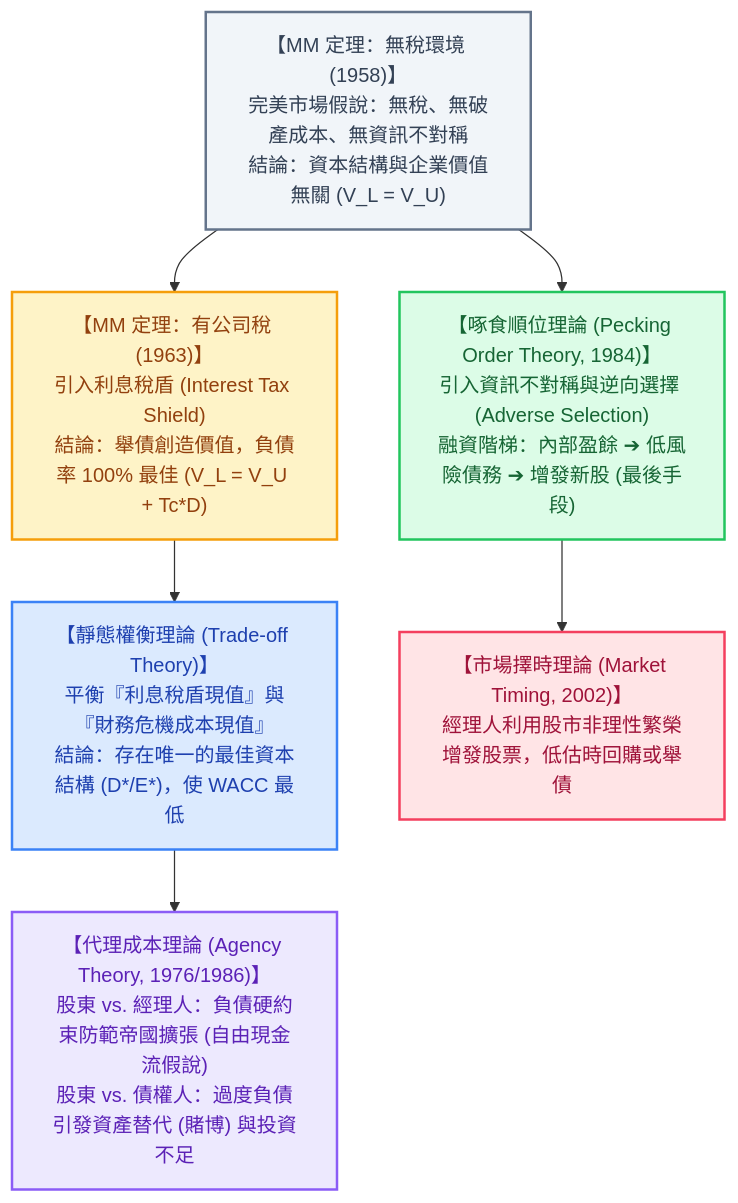
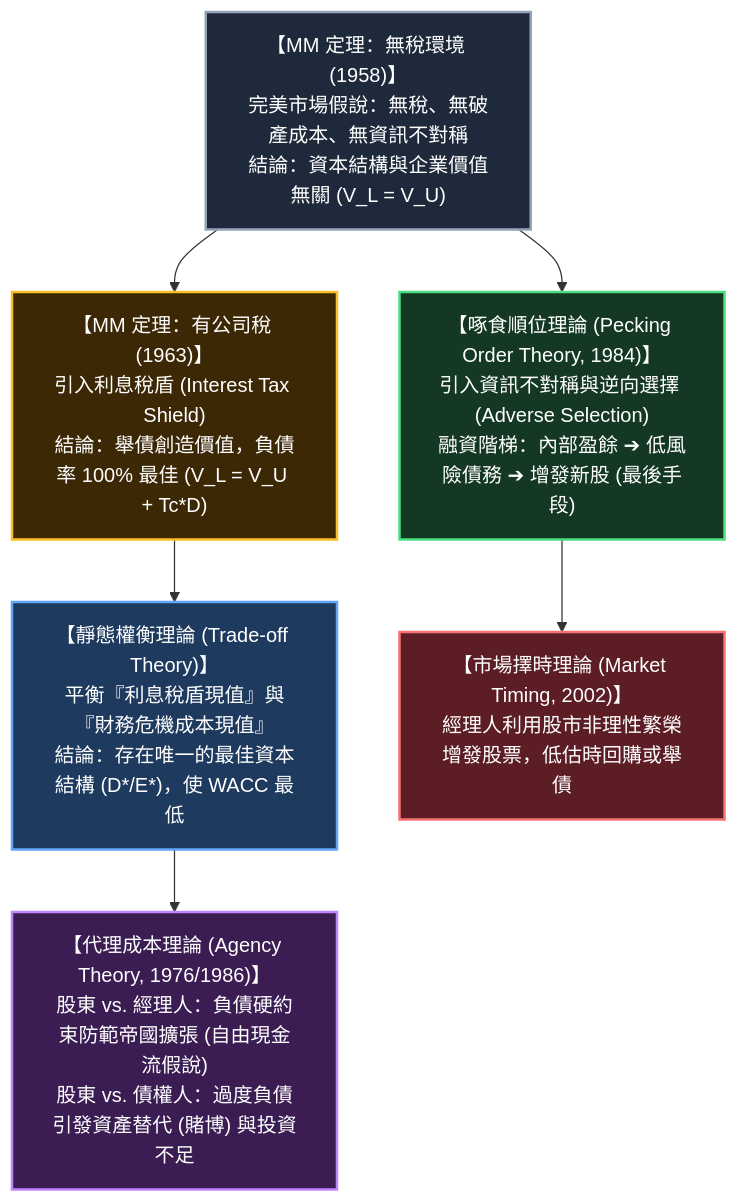
Before and after one commit to Jimlin0428/my-digital-garden: the second of 3 diagrams in src/site/notes/98_商業概念庫/capital-structure_資本結構.md, drawn with Mermaid. The commit also changed other lines of this file and 58 other files, not shown here.

````diff
--- a/src/site/notes/98_商業概念庫/capital-structure_資本結構.md
+++ b/src/site/notes/98_商業概念庫/capital-structure_資本結構.md
@@ -55,19 +50,19 @@
 ```mermaid
 flowchart TD
     MM58["【MM 定理：無稅環境 (1958)】<br>完美市場假說：無稅、無破產成本、無資訊不對稱<br>結論：資本結構與企業價值無關 (V_L = V_U)"] --> MM63["【MM 定理：有公司稅 (1963)】<br>引入利息稅盾 (Interest Tax Shield)<br>結論：舉債創造價值，負債率 100% 最佳 (V_L = V_U + Tc*D)"]
     
     MM63 --> TradeOff["【靜態權衡理論 (Trade-off Theory)】<br>平衡『利息稅盾現值』與『財務危機成本現值』<br>結論：存在唯一的最佳資本結構 (D*/E*)，使 WACC 最低"]
     
     MM58 --> Pecking["【啄食順位理論 (Pecking Order Theory, 1984)】<br>引入資訊不對稱與逆向選擇 (Adverse Selection)<br>融資階梯：內部盈餘 ➔ 低風險債務 ➔ 增發新股 (最後手段)"]
     
     TradeOff --> Agency["【代理成本理論 (Agency Theory, 1976/1986)】<br>股東 vs. 經理人：負債硬約束防範帝國擴張 (自由現金流假說)<br>股東 vs. 債權人：過度負債引發資產替代 (賭博) 與投資不足"]
     
     Pecking --> MarketTiming["【市場擇時理論 (Market Timing, 2002)】<br>經理人利用股市非理性繁榮增發股票，低估時回購或舉債"]
 
-    style MM58 fill:#f1f5f9,stroke:#64748b,stroke-width:2px,color:#334155
-    style MM63 fill:#fef3c7,stroke:#f59e0b,stroke-width:2px,color:#92400e
-    style TradeOff fill:#dbeafe,stroke:#3b82f6,stroke-width:2px,color:#1e40af
-    style Pecking fill:#dcfce7,stroke:#22c55e,stroke-width:2px,color:#166534
-    style Agency fill:#ede9fe,stroke:#8b5cf6,stroke-width:2px,color:#5b21b6
-    style MarketTiming fill:#ffe4e6,stroke:#f43f5e,stroke-width:2px,color:#9f1239
+    style MM58 fill:#1e293b,stroke:#94a3b8,stroke-width:2px,color:#ffffff
+    style MM63 fill:#3d2806,stroke:#fbbf24,stroke-width:2px,color:#ffffff
+    style TradeOff fill:#1e3a5f,stroke:#60a5fa,stroke-width:2px,color:#ffffff
+    style Pecking fill:#143823,stroke:#4ade80,stroke-width:2px,color:#ffffff
+    style Agency fill:#3b1d54,stroke:#c084fc,stroke-width:2px,color:#ffffff
+    style MarketTiming fill:#5c1d24,stroke:#f87171,stroke-width:2px,color:#ffffff
 ```
````
